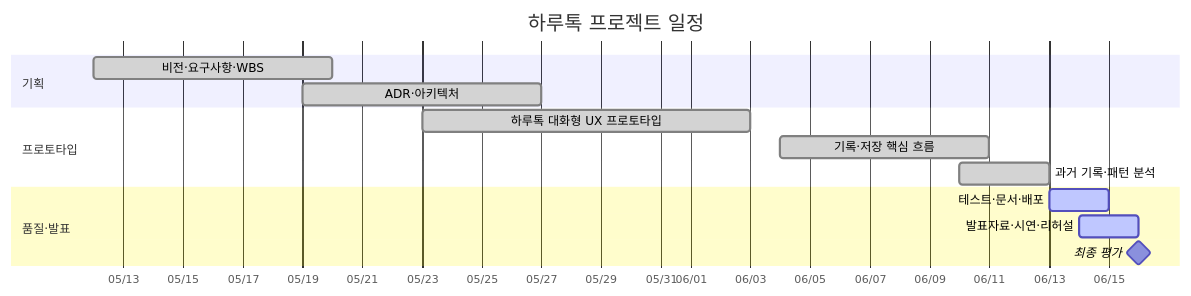
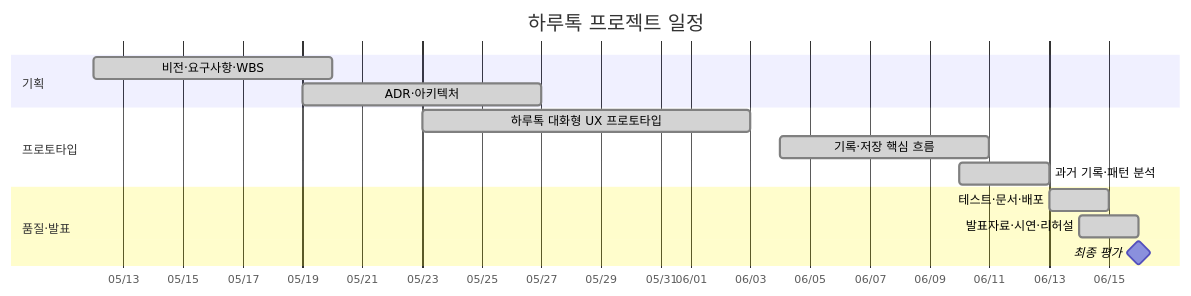
The diagram in .planning/02-wbs.md (yseho031018/rhythm-archive), drawn with Mermaid before and after one commit. The commit also changed other lines of this file and 14 other files, not shown here.

````diff
--- a/.planning/02-wbs.md
+++ b/.planning/02-wbs.md
@@ -39,20 +39,20 @@
 ```mermaid
 gantt
   title 하루톡 프로젝트 일정
   dateFormat YYYY-MM-DD
   axisFormat %m/%d
 
   section 기획
   비전·요구사항·WBS           :done, plan, 2026-05-12, 8d
   ADR·아키텍처                :done, arch, 2026-05-19, 8d
 
   section 프로토타입
   하루톡 대화형 UX 프로토타입 :done, ux, 2026-05-23, 11d
   기록·저장 핵심 흐름         :done, core, 2026-06-04, 7d
   과거 기록·패턴 분석         :done, feature, 2026-06-10, 3d
 
   section 품질·발표
-  테스트·문서·배포            :active, quality, 2026-06-13, 2d
-  발표자료·시연·리허설        :active, present, 2026-06-14, 2d
+  테스트·문서·배포            :done, quality, 2026-06-13, 2d
+  발표자료·시연·리허설        :done, present, 2026-06-14, 2d
   최종 평가                   :milestone, exam, 2026-06-16, 0d
 ```
````
